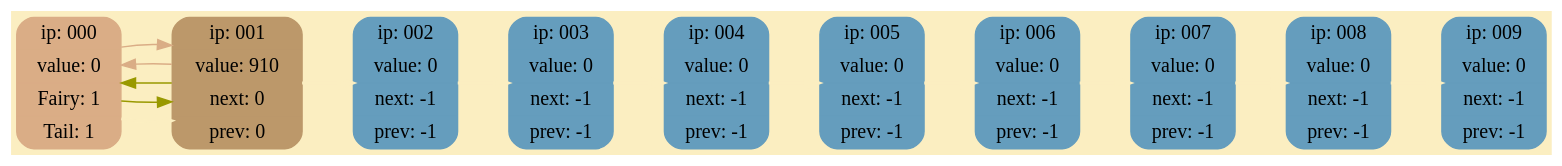
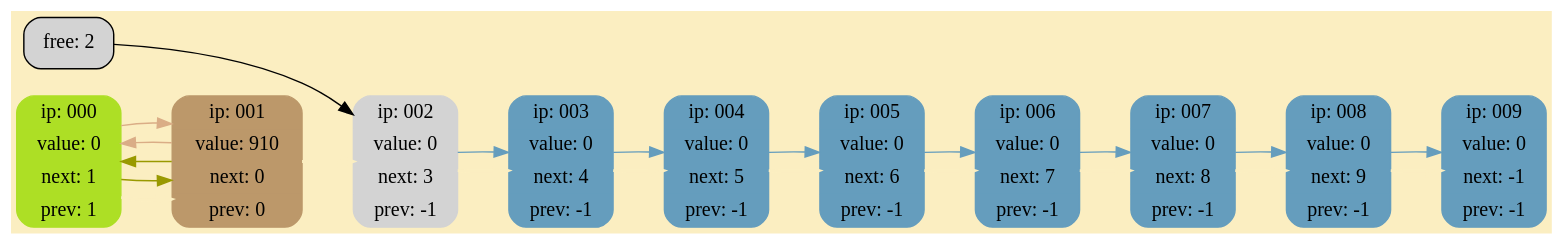
The diagram in DumpGraph.dot (RTCupid/List), drawn with Graphviz before and after one commit. The commit also changed 22 other files, not shown here.

```diff
--- a/DumpGraph.dot
+++ b/DumpGraph.dot
@@ -1,30 +1,40 @@
 digraph G {
 	rankdir = LR;
 	bgcolor="#FBEEC1"
+	free [shape=Mrecord; style=filled; label = " free: 2" ];
 	node000 [shape=Mrecord; style=filled; color="#DAAD86"; label = "{ ip: 000}  | {value:   0} |{Fairy:   1} | {Tail:   1} " ];
 	node001 [shape=Mrecord; style=filled; color="#BC986A"; label = "{ ip: 001}  |{value: 910} |{next:   0} |{prev:   0} " ];
-	node002 [shape=Mrecord; style=filled; color="#659DBD"; label = "{ ip: 002}  |{value:   0} |{next:  -1} |{prev:  -1} " ];
-	node003 [shape=Mrecord; style=filled; color="#659DBD"; label = "{ ip: 003}  |{value:   0} |{next:  -1} |{prev:  -1} " ];
-	node004 [shape=Mrecord; style=filled; color="#659DBD"; label = "{ ip: 004}  |{value:   0} |{next:  -1} |{prev:  -1} " ];
-	node005 [shape=Mrecord; style=filled; color="#659DBD"; label = "{ ip: 005}  |{value:   0} |{next:  -1} |{prev:  -1} " ];
-	node006 [shape=Mrecord; style=filled; color="#659DBD"; label = "{ ip: 006}  |{value:   0} |{next:  -1} |{prev:  -1} " ];
-	node007 [shape=Mrecord; style=filled; color="#659DBD"; label = "{ ip: 007}  |{value:   0} |{next:  -1} |{prev:  -1} " ];
-	node008 [shape=Mrecord; style=filled; color="#659DBD"; label = "{ ip: 008}  |{value:   0} |{next:  -1} |{prev:  -1} " ];
+	node002 [shape=Mrecord; style=filled; color="#D3D3D3"; label = "{ ip: 002}  |{value:   0} |{next:   3} |{prev:  -1} " ];
+	node003 [shape=Mrecord; style=filled; color="#659DBD"; label = "{ ip: 003}  |{value:   0} |{next:   4} |{prev:  -1} " ];
+	node004 [shape=Mrecord; style=filled; color="#659DBD"; label = "{ ip: 004}  |{value:   0} |{next:   5} |{prev:  -1} " ];
+	node005 [shape=Mrecord; style=filled; color="#659DBD"; label = "{ ip: 005}  |{value:   0} |{next:   6} |{prev:  -1} " ];
+	node006 [shape=Mrecord; style=filled; color="#659DBD"; label = "{ ip: 006}  |{value:   0} |{next:   7} |{prev:  -1} " ];
+	node007 [shape=Mrecord; style=filled; color="#659DBD"; label = "{ ip: 007}  |{value:   0} |{next:   8} |{prev:  -1} " ];
+	node008 [shape=Mrecord; style=filled; color="#659DBD"; label = "{ ip: 008}  |{value:   0} |{next:   9} |{prev:  -1} " ];
 	node009 [shape=Mrecord; style=filled; color="#659DBD"; label = "{ ip: 009}  |{value:   0} |{next:  -1} |{prev:  -1} " ];
+	node000 [shape=Mrecord; style=filled; color="#ADDF25"; label = "{ ip: 000}  |{value:   0} |{next:   1} |{prev:   1} " ];
 
 	node000 -> node001 [style=bold; weight=1000; color="#FBEEC1"; ];
 	node001 -> node002 [style=bold; weight=1000; color="#FBEEC1"; ];
 	node002 -> node003 [style=bold; weight=1000; color="#FBEEC1"; ];
 	node003 -> node004 [style=bold; weight=1000; color="#FBEEC1"; ];
 	node004 -> node005 [style=bold; weight=1000; color="#FBEEC1"; ];
 	node005 -> node006 [style=bold; weight=1000; color="#FBEEC1"; ];
 	node006 -> node007 [style=bold; weight=1000; color="#FBEEC1"; ];
 	node007 -> node008 [style=bold; weight=1000; color="#FBEEC1"; ];
 	node008 -> node009 [style=bold; weight=1000; color="#FBEEC1"; ];
 
 	node000 -> node001 [weight=0; color="#999900"; ];
 	node001 -> node000 [weight=0; color="#999900"; ];
+	node002 -> node003 [weight=0; color="#659DBD"; ];
+	node003 -> node004 [weight=0; color="#659DBD"; ];
+	node004 -> node005 [weight=0; color="#659DBD"; ];
+	node005 -> node006 [weight=0; color="#659DBD"; ];
+	node006 -> node007 [weight=0; color="#659DBD"; ];
+	node007 -> node008 [weight=0; color="#659DBD"; ];
+	node008 -> node009 [weight=0; color="#659DBD"; ];
 
 	node001 -> node000 [weight=0; color="#DAAD86"; constraint=false; ];
 	node000 -> node001 [weight=0; color="#DAAD86"; constraint=false; ];
+	free -> node002 [weight=0; splines=ortho; constraint=false; ]; 
 }
```
